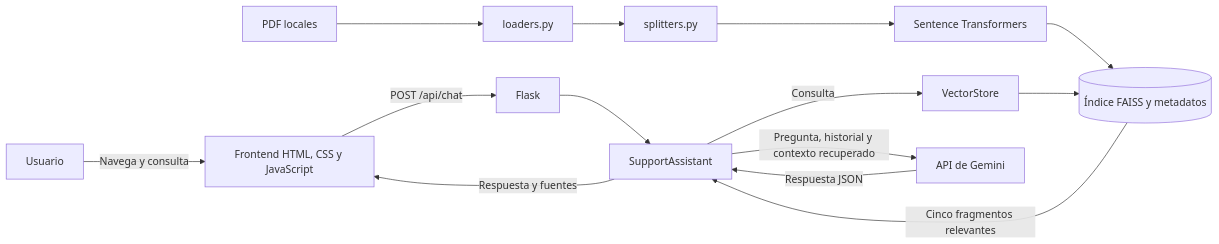
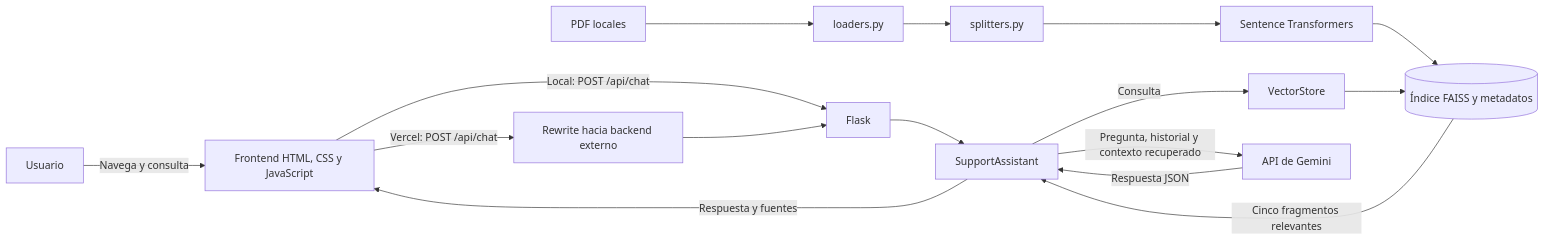
One commit to Ruzkyy/Soporte_nintendo_proyecto changed the diagram in README.md. Above: the diagram before and after it, drawn with Mermaid. The commit also changed other lines of this file and 6 other files, not shown here.

````diff
--- a/README.md
+++ b/README.md
@@ -44,16 +45,18 @@
 ```mermaid
 flowchart LR
     U[Usuario] -->|Navega y consulta| F[Frontend HTML, CSS y JavaScript]
-    F -->|POST /api/chat| W[Flask]
+    F -->|Local: POST /api/chat| W[Flask]
+    F -->|Vercel: POST /api/chat| R[Rewrite hacia backend externo]
+    R --> W
     W --> A[SupportAssistant]
     A -->|Consulta| V[VectorStore]
     P[PDF locales] --> L[loaders.py]
     L --> S[splitters.py]
     S --> E[Sentence Transformers]
     E --> X[(Índice FAISS y metadatos)]
     V --> X
     X -->|Cinco fragmentos relevantes| A
     A -->|Pregunta, historial y contexto recuperado| G[API de Gemini]
     G -->|Respuesta JSON| A
     A -->|Respuesta y fuentes| F
 ```
````
